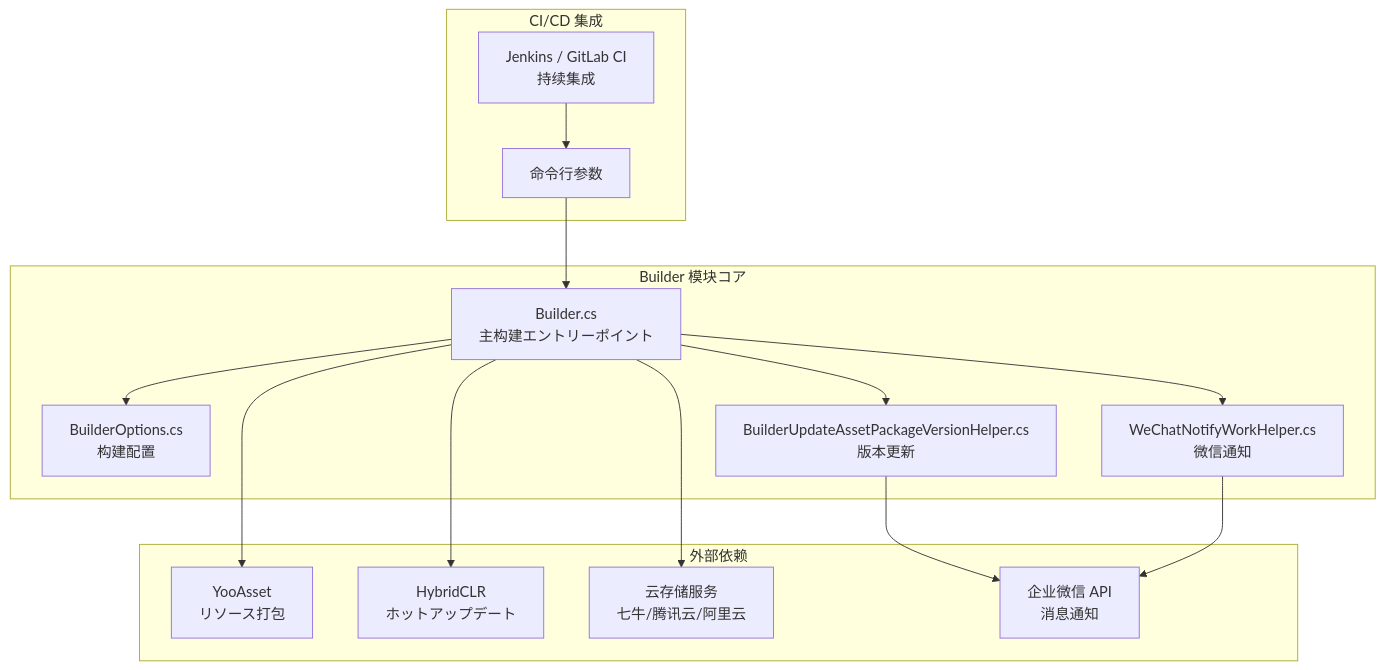
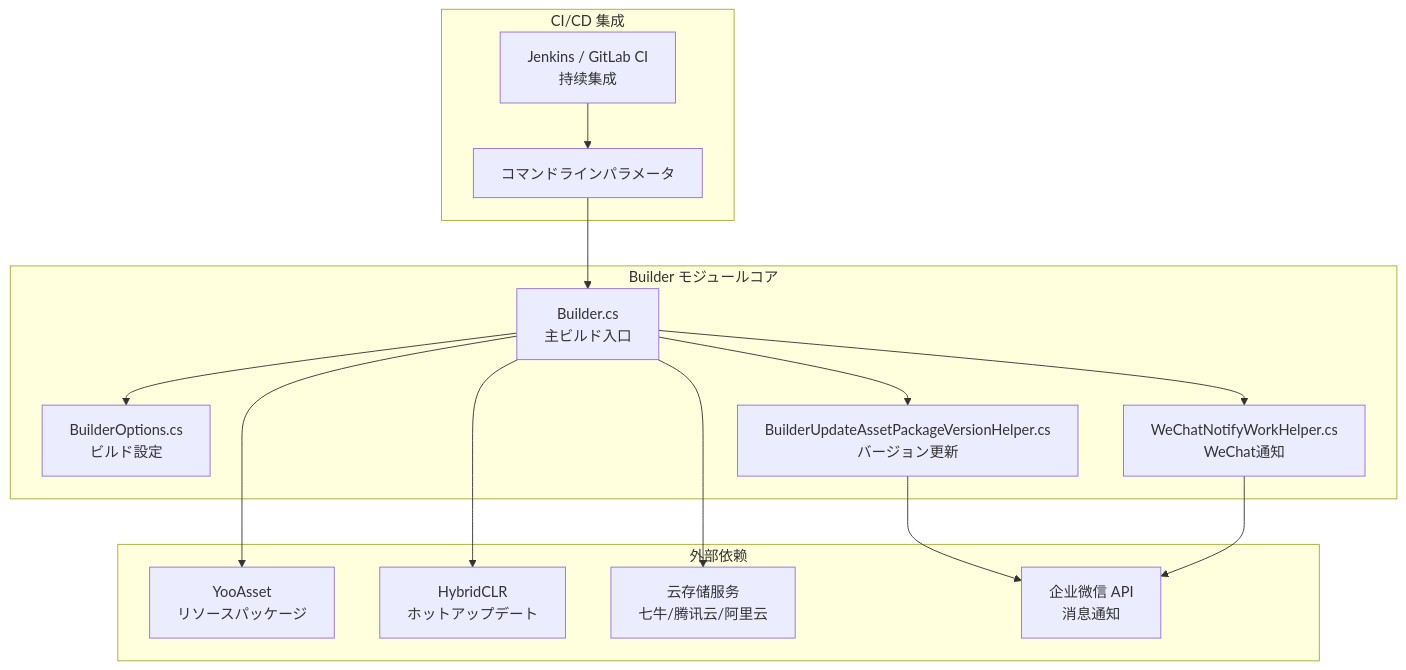
Before and after one commit to AlianBlank/GameFrameX.Docs: the first of 2 diagrams in docs/ja/client/unity/component/builder/01.overview.md, drawn with Mermaid. The commit also changed other lines of this file and 320 other files, not shown here.

````diff
--- a/docs/ja/client/unity/component/builder/01.overview.md
+++ b/docs/ja/client/unity/component/builder/01.overview.md
@@ -15,32 +15,32 @@
 ```mermaid
 flowchart TD
-    subgraph Builder["Builder 模块コア"]
-        BuilderMain[Builder.cs<br/>主构建エントリーポイント]
-        BuilderOptions[BuilderOptions.cs<br/>构建配置]
-        VersionHelper[BuilderUpdateAssetPackageVersionHelper.cs<br/>版本更新]
-        WeChatHelper[WeChatNotifyWorkHelper.cs<br/>微信通知]
+    subgraph Builder["Builder モジュールコア"]
+        BuilderMain[Builder.cs<br/>主ビルド入口]
+        BuilderOptions[BuilderOptions.cs<br/>ビルド設定]
+        VersionHelper[BuilderUpdateAssetPackageVersionHelper.cs<br/>バージョン更新]
+        WeChatHelper[WeChatNotifyWorkHelper.cs<br/>WeChat通知]
     end
 
     subgraph External["外部依赖"]
-        YooAsset[YooAsset<br/>リソース打包]
+        YooAsset[YooAsset<br/>リソースパッケージ]
         HybridCLR[HybridCLR<br/>ホットアップデート]
         ObjectStorage[云存储服务<br/>七牛/腾讯云/阿里云]
         WeChatAPI[企业微信 API<br/>消息通知]
     end
 
     subgraph CI["CI/CD 集成"]
-        CommandLine[命令行参数]
+        CommandLine[コマンドラインパラメータ]
         Jenkins[Jenkins / GitLab CI<br/>持续集成]
     end
 
     CommandLine --> BuilderMain
     Jenkins --> CommandLine
     BuilderMain --> BuilderOptions
     BuilderMain --> YooAsset
     BuilderMain --> HybridCLR
     BuilderMain --> ObjectStorage
     BuilderMain --> VersionHelper
     VersionHelper --> WeChatAPI
     BuilderMain --> WeChatHelper
     WeChatHelper --> WeChatAPI
 ```
````
